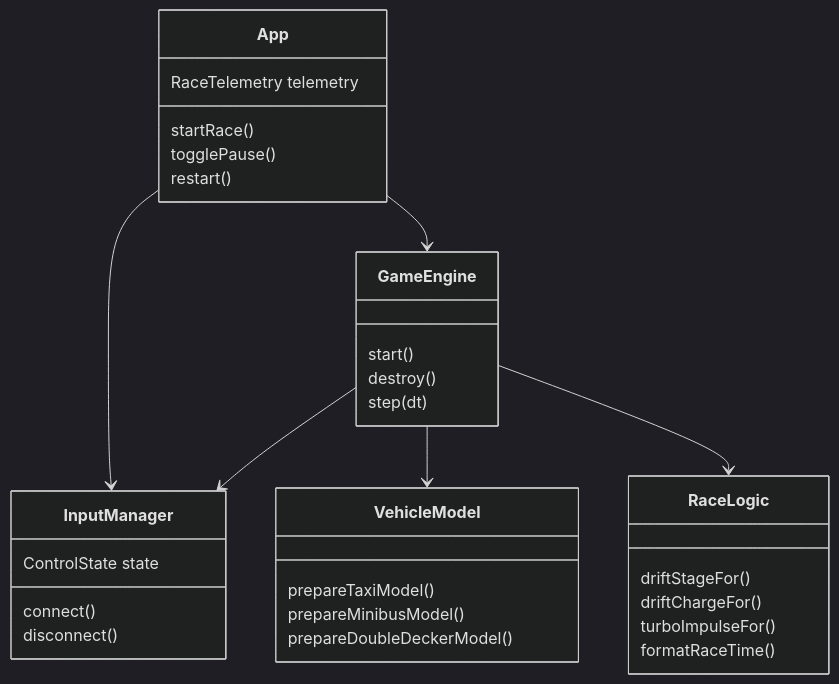
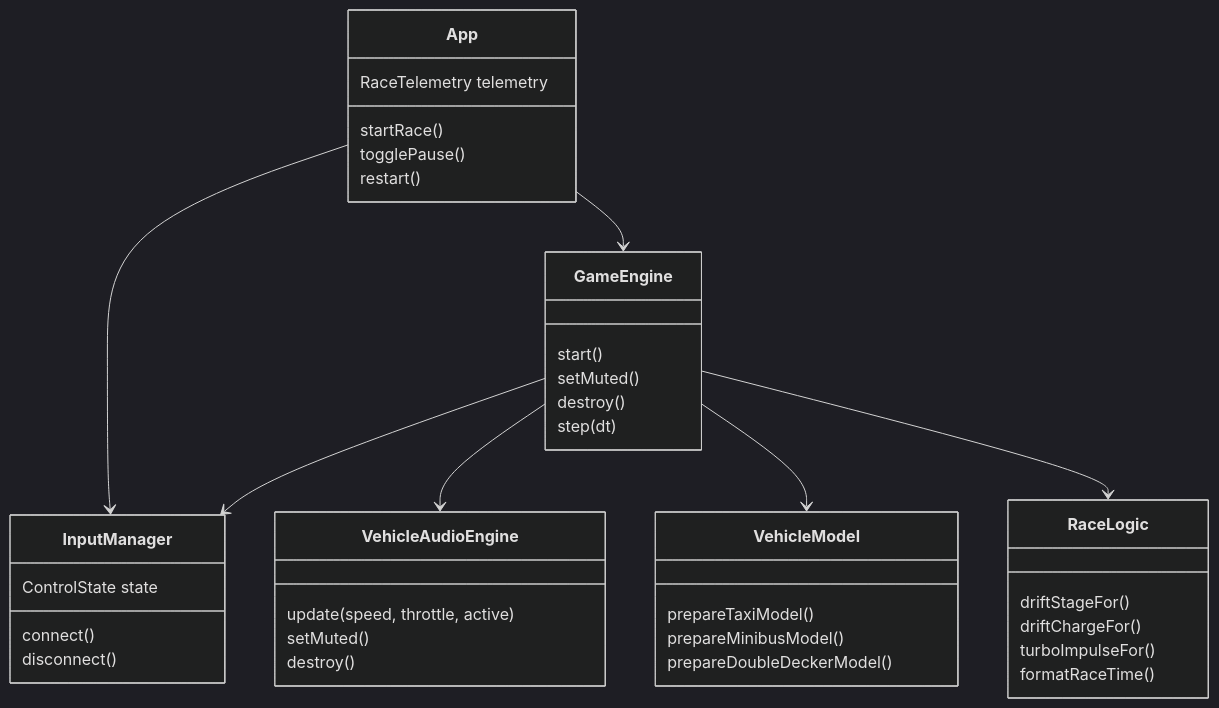
The first of 4 diagrams in README.md (jakwong1981/hk_racing_car), drawn with Mermaid (dark theme) before and after one commit. The commit also changed other lines of this file and 23 other files, not shown here.

Commit message:
Enhance racing visuals physics and vehicle audio

````diff
--- a/README.md
+++ b/README.md
@@ -52,36 +63,43 @@
 ```mermaid
 %% README.md
 classDiagram
   class App {
     RaceTelemetry telemetry
     startRace()
     togglePause()
     restart()
   }
   class InputManager {
     ControlState state
     connect()
     disconnect()
   }
   class GameEngine {
     start()
+    setMuted()
     destroy()
     step(dt)
+  }
+  class VehicleAudioEngine {
+    update(speed, throttle, active)
+    setMuted()
+    destroy()
   }
   class VehicleModel {
     prepareTaxiModel()
     prepareMinibusModel()
     prepareDoubleDeckerModel()
   }
   class RaceLogic {
     driftStageFor()
     driftChargeFor()
     turboImpulseFor()
     formatRaceTime()
   }
   App --> InputManager
   App --> GameEngine
   GameEngine --> InputManager
+  GameEngine --> VehicleAudioEngine
   GameEngine --> VehicleModel
   GameEngine --> RaceLogic
 ```
````
